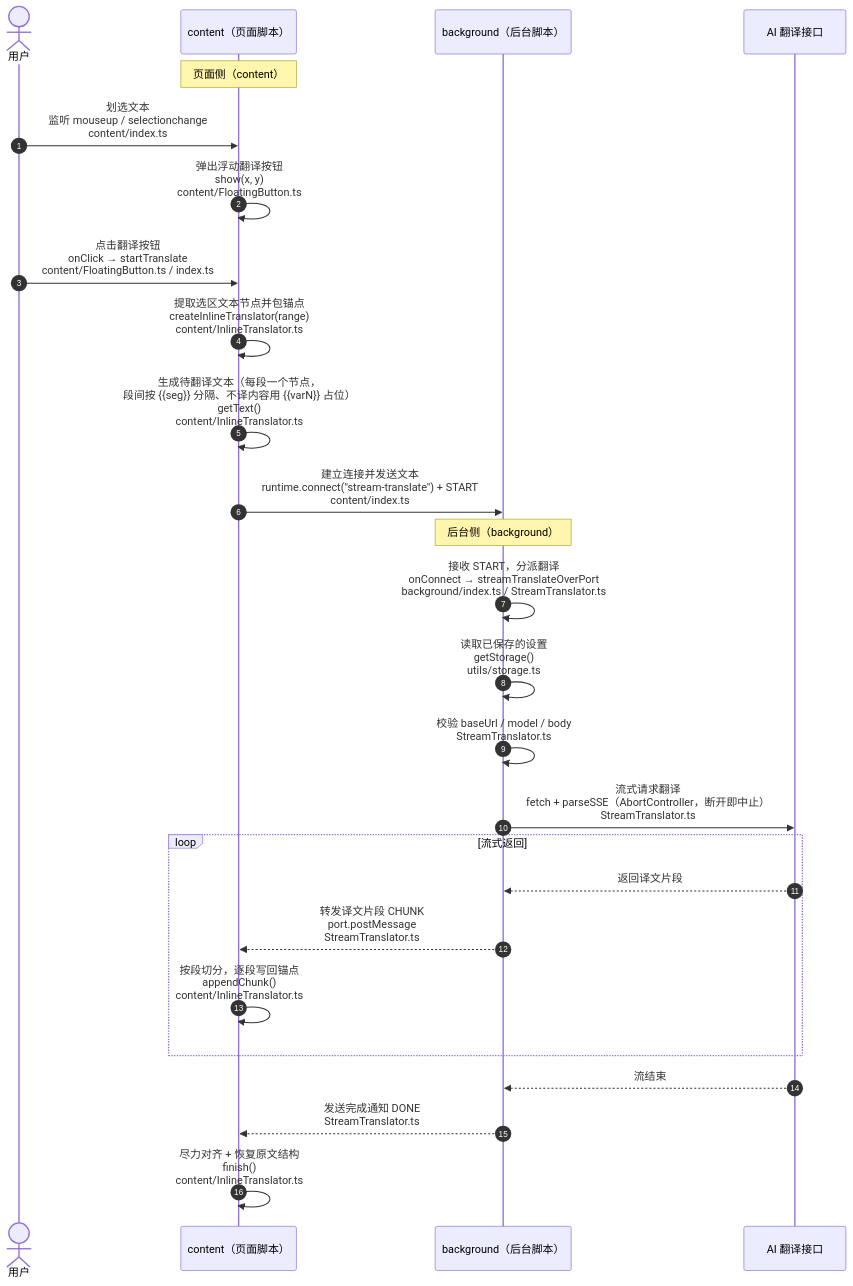
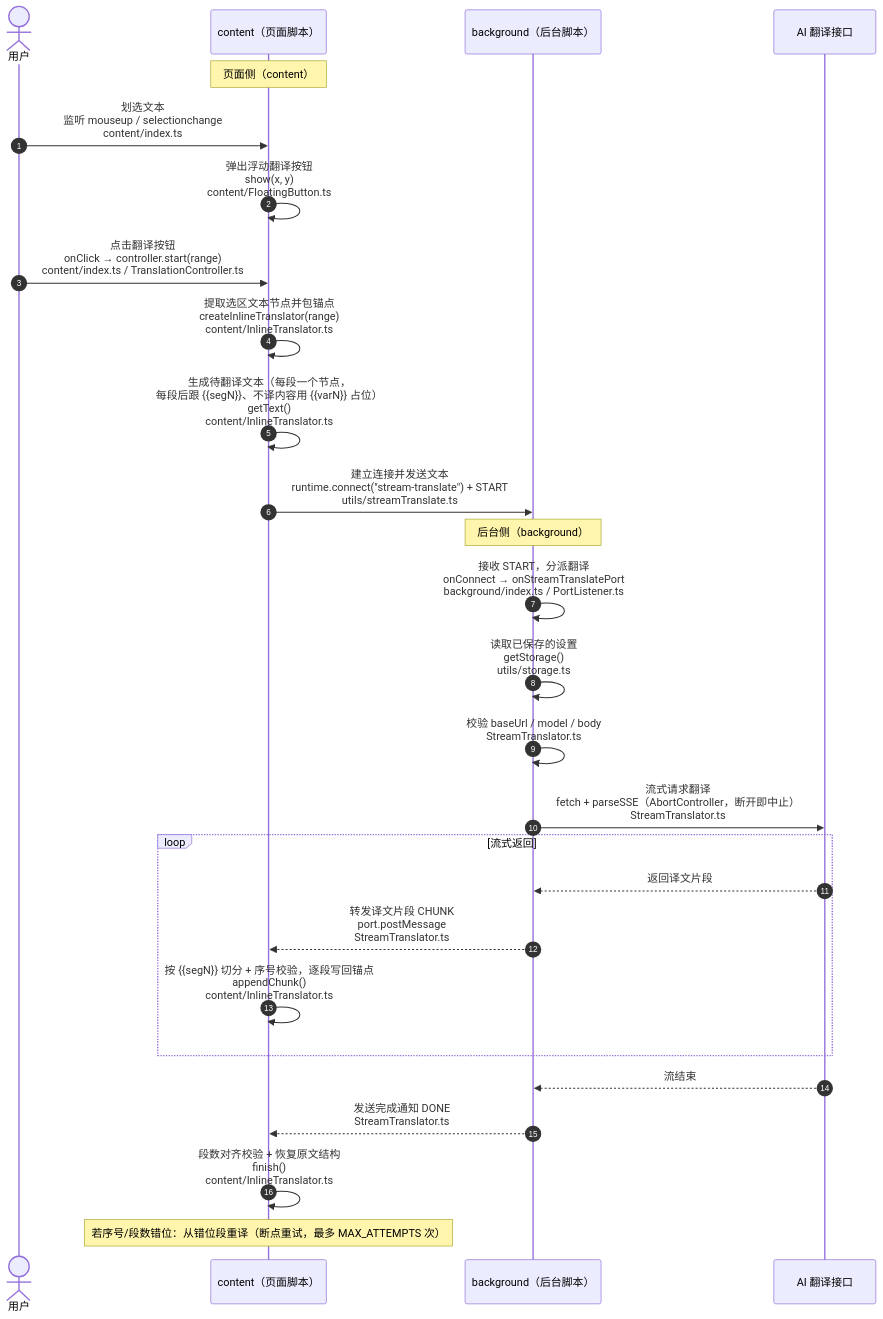
The diagram in ARCHITECTURE.md (Nickyzj628/llm-streaming-translate), drawn with Mermaid before and after one commit. The commit also changed other lines of this file and 16 other files, not shown here.

````diff
--- a/ARCHITECTURE.md
+++ b/ARCHITECTURE.md
@@ -16,32 +18,34 @@
 ```mermaid
 sequenceDiagram
     autonumber
     actor U as 用户
     participant C as content（页面脚本）
     participant B as background（后台脚本）
     participant LLM as AI 翻译接口
 
     Note over C: 页面侧（content）
     U->>C: 划选文本<br/>监听 mouseup / selectionchange<br/>content/index.ts
     C->>C: 弹出浮动翻译按钮<br/>show(x, y)<br/>content/FloatingButton.ts
-    U->>C: 点击翻译按钮<br/>onClick → startTranslate<br/>content/FloatingButton.ts / index.ts
+    U->>C: 点击翻译按钮<br/>onClick → controller.start(range)<br/>content/index.ts / TranslationController.ts
     C->>C: 提取选区文本节点并包锚点<br/>createInlineTranslator(range)<br/>content/InlineTranslator.ts
-    C->>C: 生成待翻译文本（每段一个节点，<br/>段间按 {{seg}} 分隔、不译内容用 {{varN}} 占位）<br/>getText()<br/>content/InlineTranslator.ts
-    C->>B: 建立连接并发送文本<br/>runtime.connect("stream-translate") + START<br/>content/index.ts
+    C->>C: 生成待翻译文本（每段一个节点，<br/>每段后跟 {{segN}}、不译内容用 {{varN}} 占位）<br/>getText()<br/>content/InlineTranslator.ts
+    C->>B: 建立连接并发送文本<br/>runtime.connect("stream-translate") + START<br/>utils/streamTranslate.ts
 
     Note over B: 后台侧（background）
-    B->>B: 接收 START，分派翻译<br/>onConnect → streamTranslateOverPort<br/>background/index.ts / StreamTranslator.ts
+    B->>B: 接收 START，分派翻译<br/>onConnect → onStreamTranslatePort<br/>background/index.ts / PortListener.ts
     B->>B: 读取已保存的设置<br/>getStorage()<br/>utils/storage.ts
     B->>B: 校验 baseUrl / model / body<br/>StreamTranslator.ts
     B->>LLM: 流式请求翻译<br/>fetch + parseSSE（AbortController，断开即中止）<br/>StreamTranslator.ts
 
     loop 流式返回
         LLM-->>B: 返回译文片段
         B-->>C: 转发译文片段 CHUNK<br/>port.postMessage<br/>StreamTranslator.ts
-        C->>C: 按段切分，逐段写回锚点<br/>appendChunk()<br/>content/InlineTranslator.ts
+        C->>C: 按 {{segN}} 切分 + 序号校验，逐段写回锚点<br/>appendChunk()<br/>content/InlineTranslator.ts
     end
 
     LLM-->>B: 流结束
     B-->>C: 发送完成通知 DONE<br/>StreamTranslator.ts
-    C->>C: 尽力对齐 + 恢复原文结构<br/>finish()<br/>content/InlineTranslator.ts
+    C->>C: 段数对齐校验 + 恢复原文结构<br/>finish()<br/>content/InlineTranslator.ts
+
+    Note over C: 若序号/段数错位：从错位段重译（断点重试，最多 MAX_ATTEMPTS 次）
 ```
````
